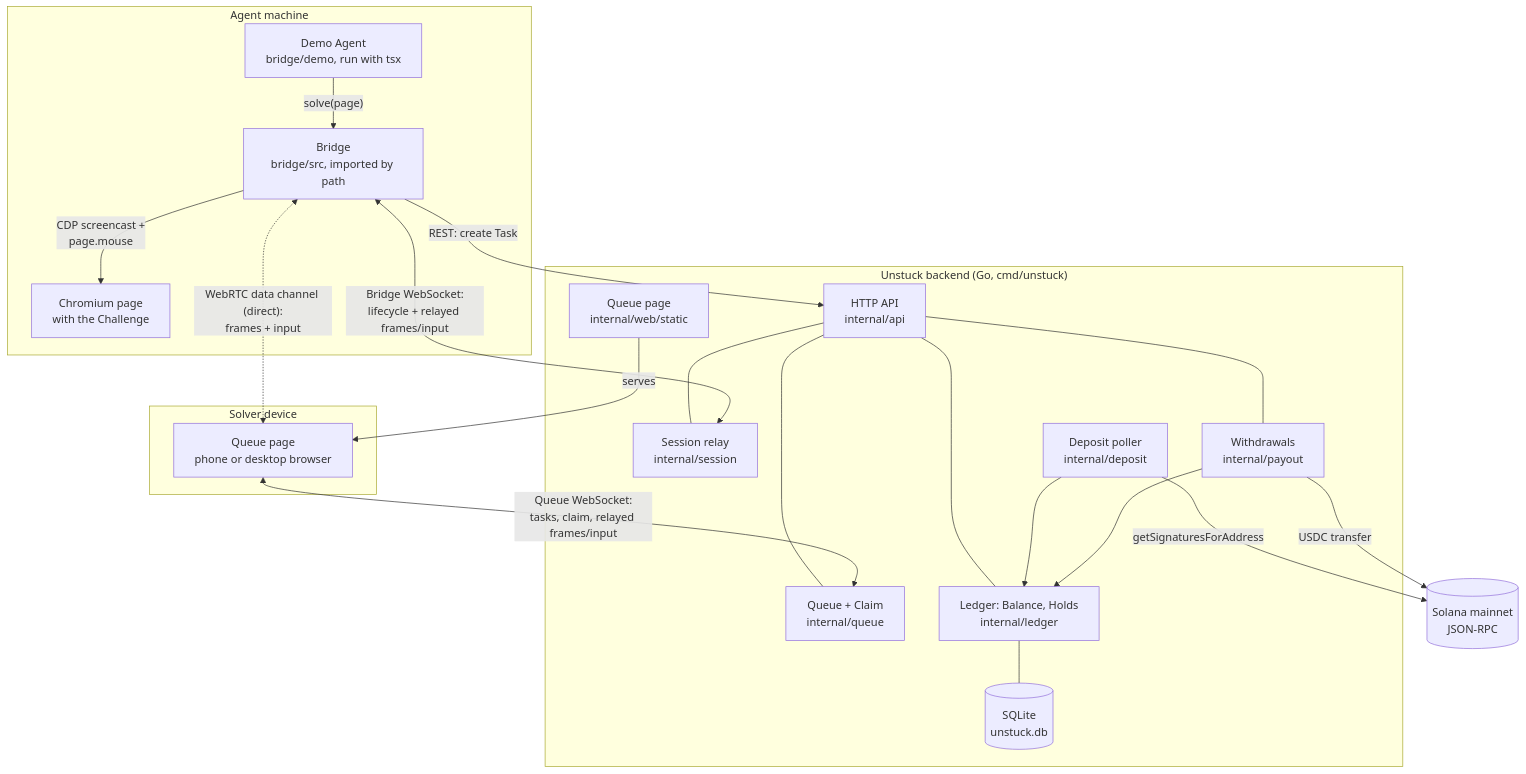
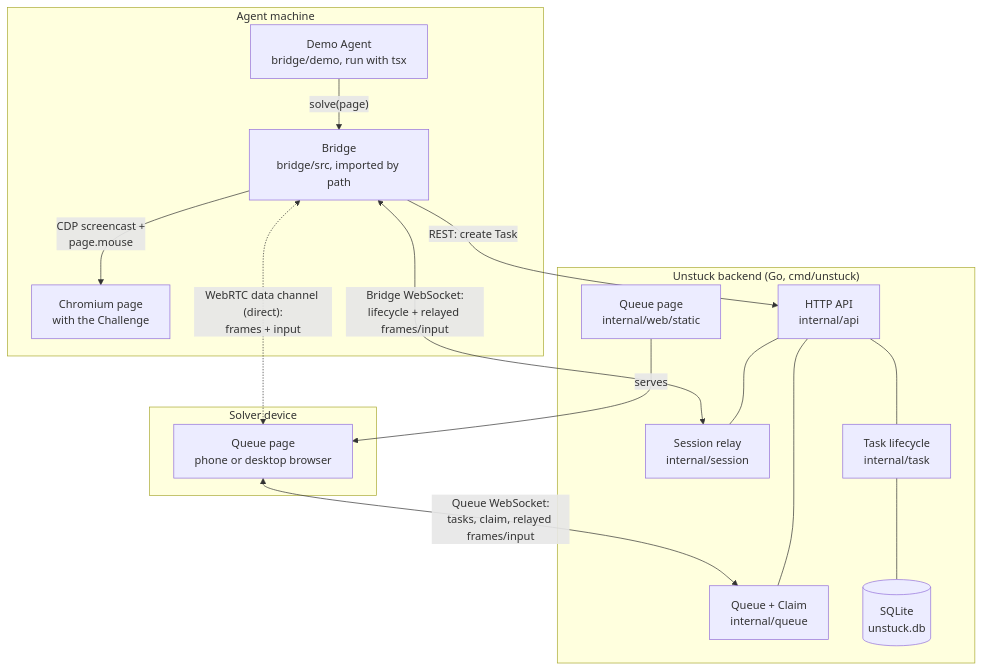
Before and after one commit to yuchia329/unstuck: the third of 5 diagrams in README.md, drawn with Mermaid. The commit also changed other lines of this file and 51 other files, not shown here.

````diff
--- a/README.md
+++ b/README.md
@@ -195,39 +140,31 @@
 ```mermaid
 flowchart TB
     subgraph Agent machine
         AG[Demo Agent<br/>bridge/demo, run with tsx]
         BR[Bridge<br/>bridge/src, imported by path]
         CH[Chromium page<br/>with the Challenge]
         AG -- "solve(page)" --> BR
         BR -- "CDP screencast +<br/>page.mouse" --> CH
     end
 
     subgraph Backend ["Unstuck backend (Go, cmd/unstuck)"]
         API[HTTP API<br/>internal/api]
         Q[Queue + Claim<br/>internal/queue]
         SE[Session relay<br/>internal/session]
-        LE[Ledger: Balance, Holds<br/>internal/ledger]
-        DE[Deposit poller<br/>internal/deposit]
-        PO[Withdrawals<br/>internal/payout]
+        TA[Task lifecycle<br/>internal/task]
         DB[(SQLite<br/>unstuck.db)]
         WEB[Queue page<br/>internal/web/static]
-        API --- Q & SE & LE & PO
-        LE --- DB
-        DE --> LE
-        PO --> LE
+        API --- Q & SE & TA
+        TA --- DB
     end
 
     subgraph Solver device
         QP[Queue page<br/>phone or desktop browser]
     end
 
-    SOL[(Solana mainnet<br/>JSON-RPC)]
-
     BR -- "REST: create Task" --> API
     BR <-- "Bridge WebSocket:<br/>lifecycle + relayed frames/input" --> SE
     QP <-- "Queue WebSocket:<br/>tasks, claim, relayed frames/input" --> Q
     WEB -- "serves" --> QP
-    DE -- "getSignaturesForAddress" --> SOL
-    PO -- "USDC transfer" --> SOL
     BR <-. "WebRTC data channel (direct):<br/>frames + input" .-> QP
 ```
````
